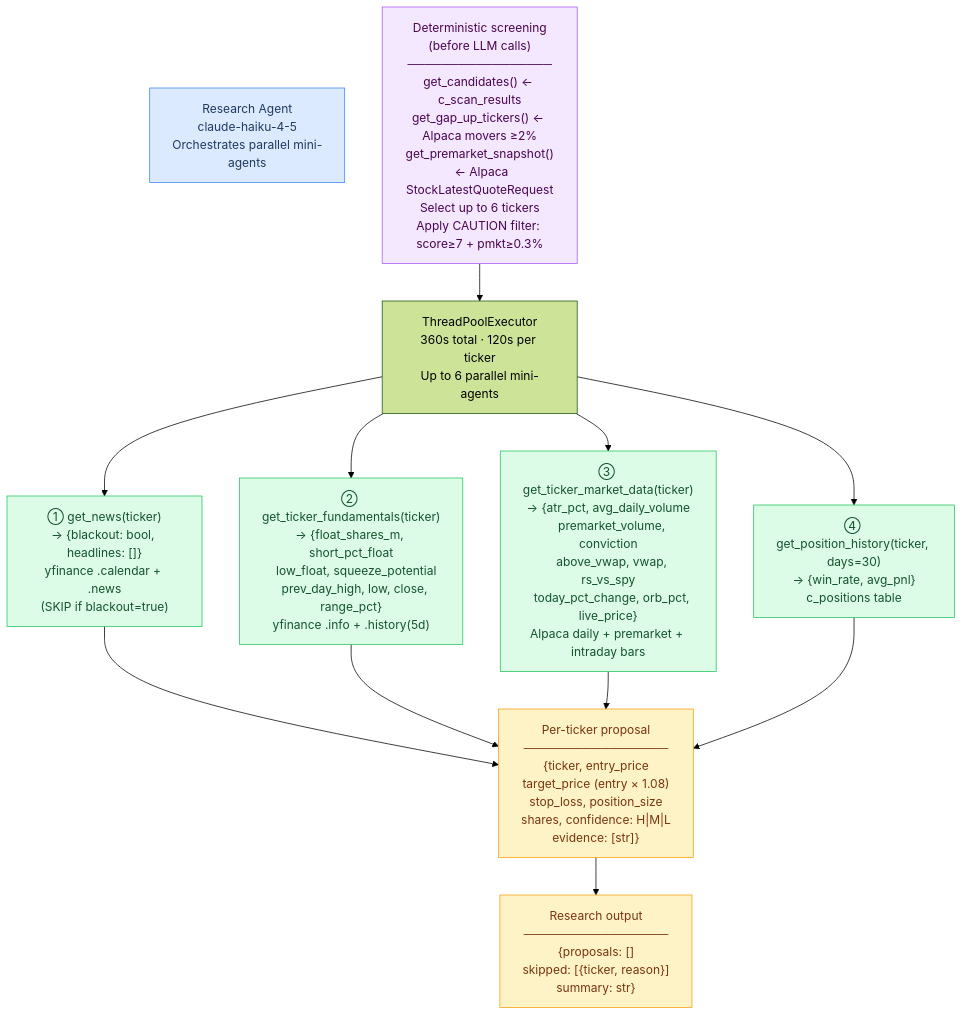
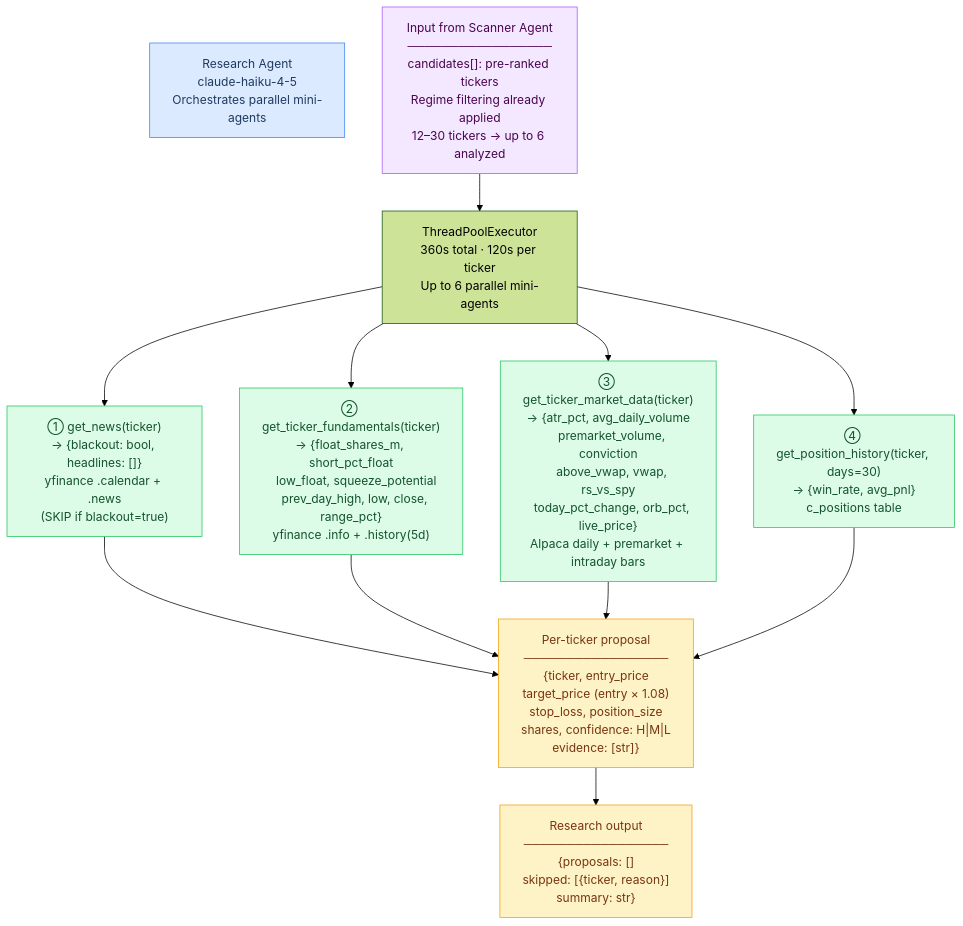
The fifth of 14 diagrams in ARCHITECTURE.md (amitgarg73/trading-agent-c), drawn with Mermaid (forest theme) before and after one commit. The commit also changed other lines of this file and 2 other files, not shown here.

First line of the commit message:
Add Scanner Agent as 7th agent: regime-aware ticker selection with 5 tools

````diff
--- a/ARCHITECTURE.md
+++ b/ARCHITECTURE.md
@@ -128,22 +145,22 @@
 ```mermaid
 flowchart TD
     RA["Research Agent\nclaude-haiku-4-5\nOrchestrates parallel mini-agents"]:::haiku
 
-    SCREEN["Deterministic screening\n(before LLM calls)\n─────────────────\nget_candidates() ← c_scan_results\nget_gap_up_tickers() ← Alpaca movers ≥2%\nget_premarket_snapshot()\n  ← Alpaca StockLatestQuoteRequest\nSelect up to 6 tickers\nApply CAUTION filter: score≥7 + pmkt≥0.3%"]:::filter
+    IN["Input from Scanner Agent\n─────────────────\ncandidates[]: pre-ranked tickers\nRegime filtering already applied\n12–30 tickers → up to 6 analyzed"]:::filter
 
-    SCREEN --> TP["ThreadPoolExecutor\n360s total · 120s per ticker\nUp to 6 parallel mini-agents"]
+    IN --> TP["ThreadPoolExecutor\n360s total · 120s per ticker\nUp to 6 parallel mini-agents"]
 
     TP --> T1["① get_news(ticker)\n→ {blackout: bool, headlines: []}\nyfinance .calendar + .news\n(SKIP if blackout=true)"]:::tool
     TP --> T2["② get_ticker_fundamentals(ticker)\n→ {float_shares_m, short_pct_float\n   low_float, squeeze_potential\n   prev_day_high, low, close, range_pct}\nyfinance .info + .history(5d)"]:::tool
     TP --> T3["③ get_ticker_market_data(ticker)\n→ {atr_pct, avg_daily_volume\n   premarket_volume, conviction\n   above_vwap, vwap, rs_vs_spy\n   today_pct_change, orb_pct, live_price}\nAlpaca daily + premarket + intraday bars"]:::tool
     TP --> T4["④ get_position_history(ticker, days=30)\n→ {win_rate, avg_pnl}\nc_positions table"]:::tool
 
     T1 & T2 & T3 & T4 --> PROP["Per-ticker proposal\n─────────────────\n{ticker, entry_price\n target_price (entry × 1.08)\n stop_loss, position_size\n shares, confidence: H|M|L\n evidence: [str]}"]:::out
 
     PROP --> RAOUT["Research output\n─────────────────\n{proposals: []\n skipped: [{ticker, reason}]\n summary: str}"]:::out
 
     classDef haiku fill:#dbeafe,stroke:#3b82f6,color:#1e3a5f
     classDef filter fill:#f3e8ff,stroke:#a855f7,color:#4a044e
     classDef tool fill:#dcfce7,stroke:#22c55e,color:#14532d
     classDef out fill:#fef3c7,stroke:#f59e0b,color:#78350f
 ```
````
